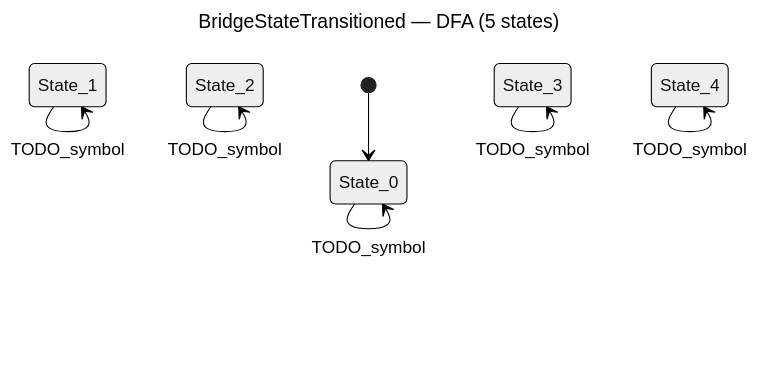
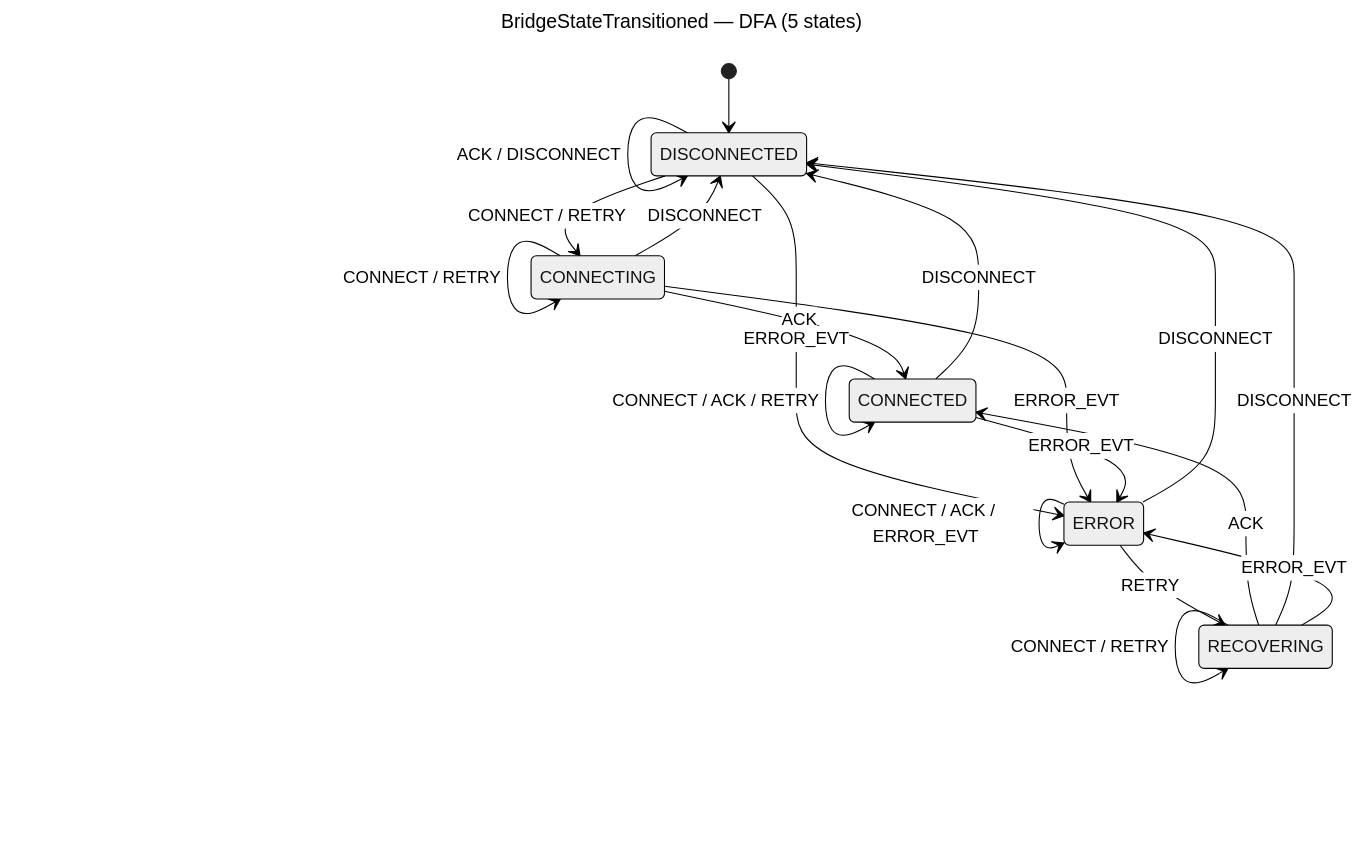
One commit to seanchatmangpt/bcinr changed the diagram in crates/wasm4games/docs/patterns/bridge_state_transitioned.md. Above: the diagram before and after it, drawn with Mermaid (neutral theme). The commit also changed other lines of this file and 5 other files, not shown here.

````diff
--- a/crates/wasm4games/docs/patterns/bridge_state_transitioned.md
+++ b/crates/wasm4games/docs/patterns/bridge_state_transitioned.md
@@ -56,17 +42,24 @@
 ```mermaid
 ---
 title: BridgeStateTransitioned — DFA (5 states)
 ---
 stateDiagram-v2
-    [*] --> S0
-    S0: State_0
-    S1: State_1
-    S2: State_2
-    S3: State_3
-    S4: State_4
-    S0 --> S0 : TODO_symbol
-    S1 --> S1 : TODO_symbol
-    S2 --> S2 : TODO_symbol
-    S3 --> S3 : TODO_symbol
-    S4 --> S4 : TODO_symbol
+    [*] --> DISCONNECTED
+    DISCONNECTED --> CONNECTING : CONNECT / RETRY
+    DISCONNECTED --> DISCONNECTED : ACK / DISCONNECT
+    DISCONNECTED --> ERROR : ERROR_EVT
+    CONNECTING --> CONNECTING : CONNECT / RETRY
+    CONNECTING --> CONNECTED : ACK
+    CONNECTING --> DISCONNECTED : DISCONNECT
+    CONNECTING --> ERROR : ERROR_EVT
+    CONNECTED --> CONNECTED : CONNECT / ACK / RETRY
+    CONNECTED --> DISCONNECTED : DISCONNECT
+    CONNECTED --> ERROR : ERROR_EVT
+    ERROR --> ERROR : CONNECT / ACK / ERROR_EVT
+    ERROR --> DISCONNECTED : DISCONNECT
+    ERROR --> RECOVERING : RETRY
+    RECOVERING --> RECOVERING : CONNECT / RETRY
+    RECOVERING --> CONNECTED : ACK
+    RECOVERING --> DISCONNECTED : DISCONNECT
+    RECOVERING --> ERROR : ERROR_EVT
 ```
````
